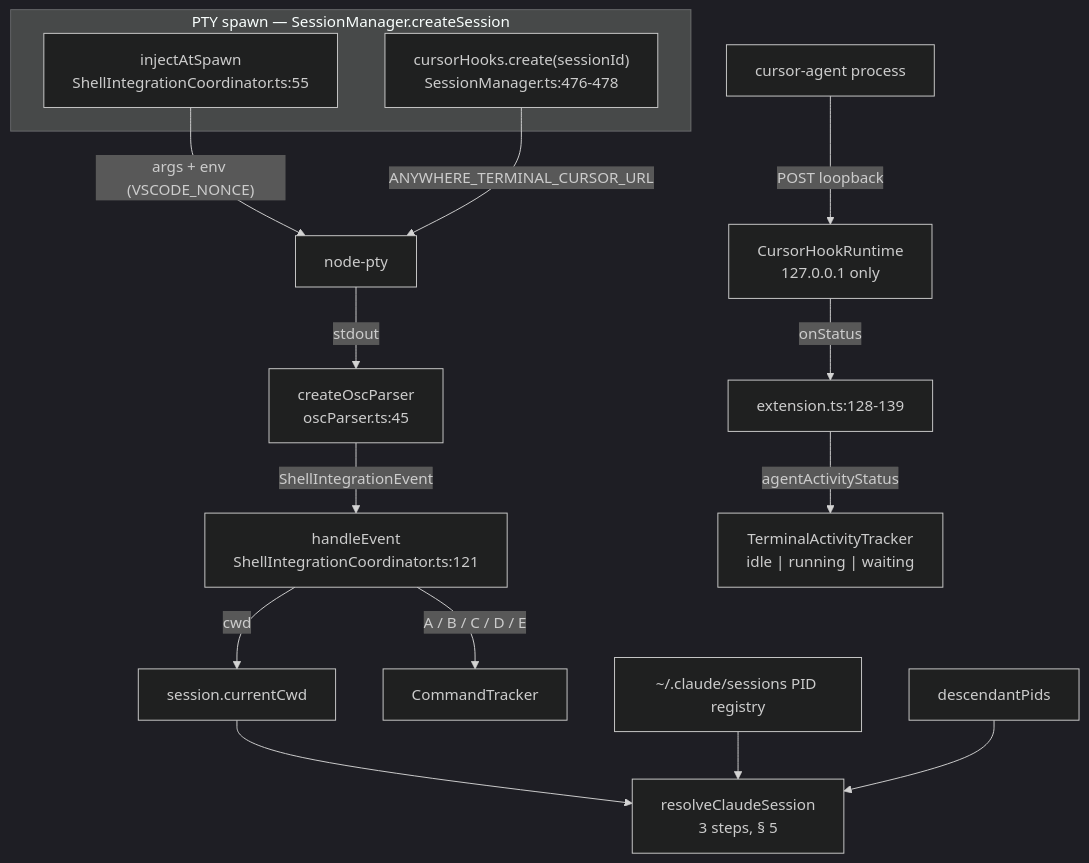
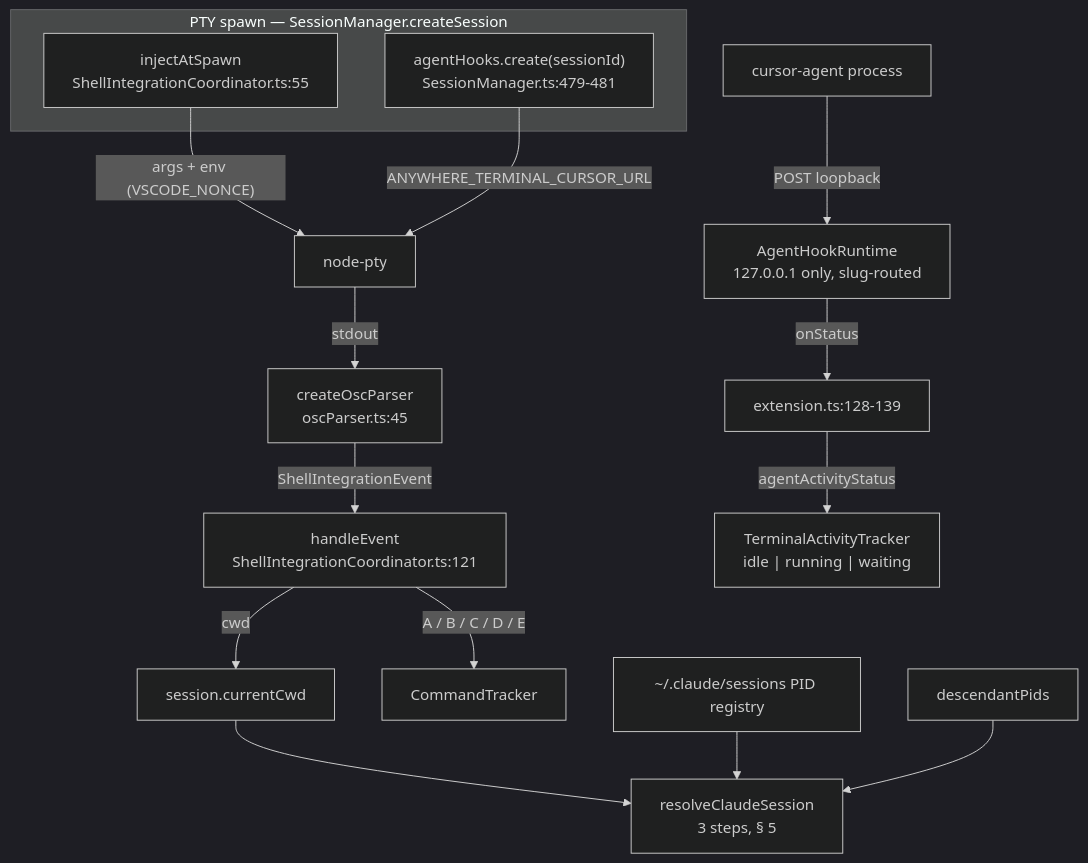
Before and after one commit to Asimov-Syntax/anywhere-terminal: the first of 3 diagrams in docs/design/agent-cli-integration.md, drawn with Mermaid (dark theme). The commit also changed other lines of this file and 27 other files, not shown here.

````diff
--- a/docs/design/agent-cli-integration.md
+++ b/docs/design/agent-cli-integration.md
@@ -39,23 +39,23 @@
 ```mermaid
 graph TD
     subgraph SPAWN["PTY spawn — SessionManager.createSession"]
         SI["injectAtSpawn<br>ShellIntegrationCoordinator.ts:55"]
-        HK["cursorHooks.create(sessionId)<br>SessionManager.ts:476-478"]
+        HK["agentHooks.create(sessionId)<br>SessionManager.ts:479-481"]
     end
 
     SI -->|"args + env (VSCODE_NONCE)"| PTY["node-pty"]
     HK -->|"ANYWHERE_TERMINAL_CURSOR_URL"| PTY
 
     PTY -->|stdout| OSC["createOscParser<br>oscParser.ts:45"]
     OSC -->|ShellIntegrationEvent| SINK["handleEvent<br>ShellIntegrationCoordinator.ts:121"]
     SINK -->|cwd| CWD["session.currentCwd"]
     SINK -->|"A / B / C / D / E"| CT["CommandTracker"]
 
-    AGENT["cursor-agent process"] -->|"POST loopback"| RT["CursorHookRuntime<br>127.0.0.1 only"]
+    AGENT["cursor-agent process"] -->|"POST loopback"| RT["AgentHookRuntime<br>127.0.0.1 only, slug-routed"]
     RT -->|onStatus| EXT["extension.ts:128-139"]
     EXT -->|agentActivityStatus| WV["TerminalActivityTracker<br>idle | running | waiting"]
 
     CWD --> DET["resolveClaudeSession<br>3 steps, § 5"]
     REG["~/.claude/sessions PID registry"] --> DET
     PTREE["descendantPids"] --> DET
 ```
````
